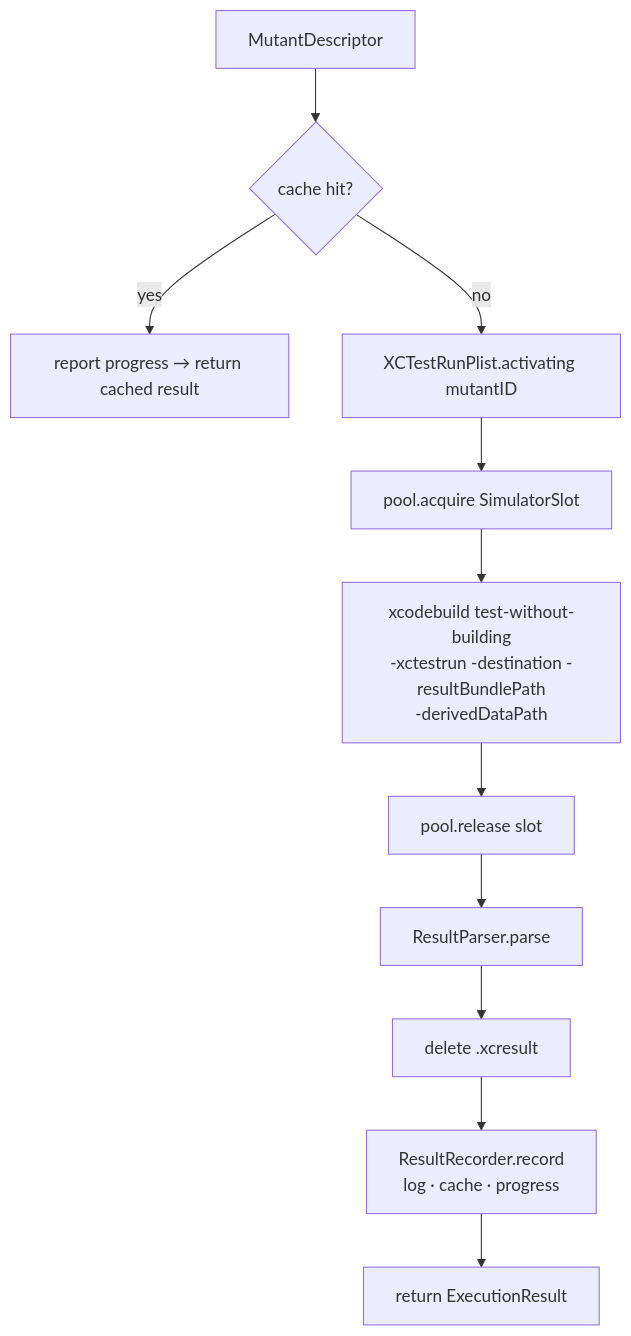
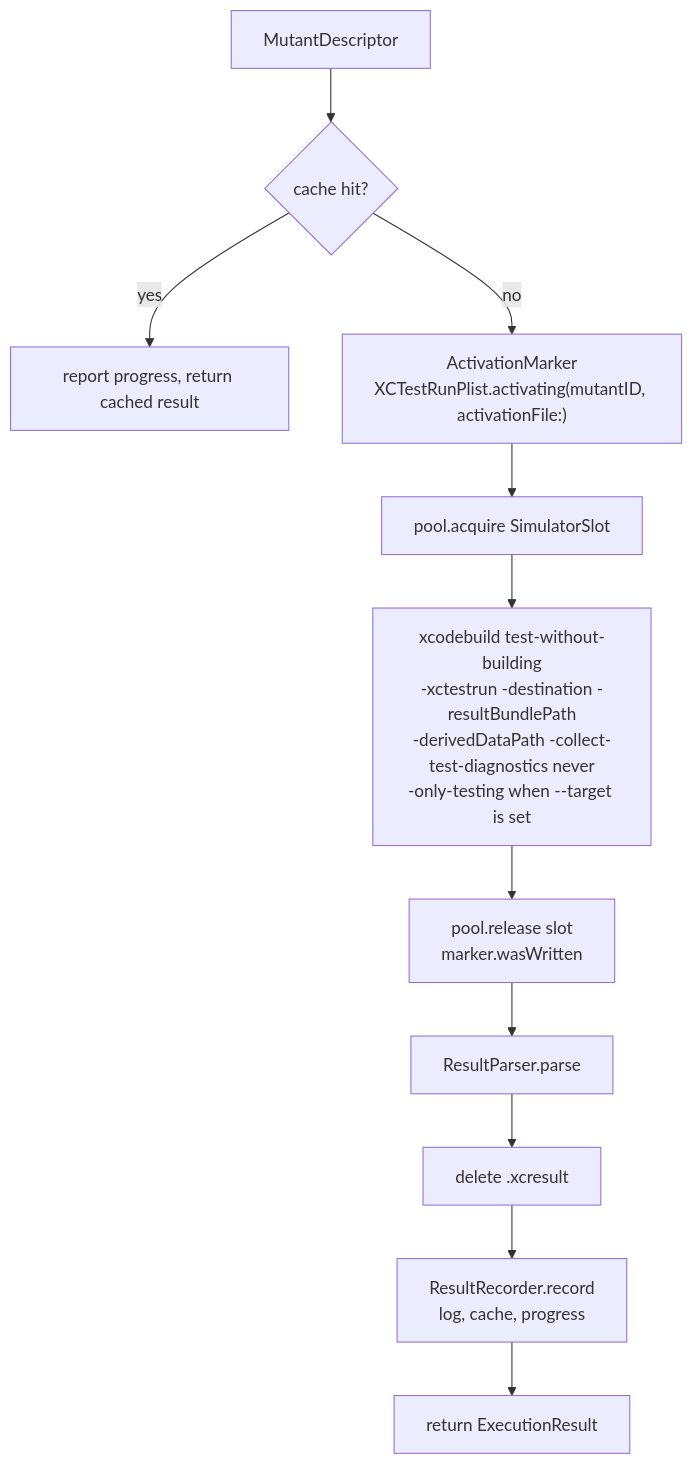
Before and after one commit to ericodx/swift-mutation-testing: the second of 6 diagrams in Docs/CodeBase/07-execution.md, drawn with Mermaid. The commit also changed other lines of this file and 2 other files, not shown here.

Commit message:
docs: bring the CodeBase pages for schematization, sandbox build and execution in line with the sources and fix their diagrams

````diff
--- a/Docs/CodeBase/07-execution.md
+++ b/Docs/CodeBase/07-execution.md
@@ -280,13 +297,13 @@
 ```mermaid
 flowchart TD
-    M[MutantDescriptor] --> CACHED{cache hit?}
-    CACHED -- yes --> REPORT[report progress → return cached result]
-    CACHED -- no --> PLIST[XCTestRunPlist.activating mutantID]
-    PLIST --> ACQUIRE[pool.acquire SimulatorSlot]
-    ACQUIRE --> LAUNCH[xcodebuild test-without-building\n-xctestrun -destination -resultBundlePath\n-derivedDataPath]
-    LAUNCH --> RELEASE[pool.release slot]
-    RELEASE --> PARSE[ResultParser.parse]
-    PARSE --> CLEANUP[delete .xcresult]
-    CLEANUP --> STORE[ResultRecorder.record\nlog · cache · progress]
-    STORE --> REPORT2[return ExecutionResult]
+    M["MutantDescriptor"] --> CACHED{"cache hit?"}
+    CACHED -- yes --> REPORT["report progress, return cached result"]
+    CACHED -- no --> PLIST["ActivationMarker<br>XCTestRunPlist.activating(mutantID, activationFile:)"]
+    PLIST --> ACQUIRE["pool.acquire SimulatorSlot"]
+    ACQUIRE --> LAUNCH["xcodebuild test-without-building<br>-xctestrun -destination -resultBundlePath<br>-derivedDataPath -collect-test-diagnostics never<br>-only-testing when --target is set"]
+    LAUNCH --> RELEASE["pool.release slot<br>marker.wasWritten"]
+    RELEASE --> PARSE["ResultParser.parse"]
+    PARSE --> CLEANUP["delete .xcresult"]
+    CLEANUP --> STORE["ResultRecorder.record<br>log, cache, progress"]
+    STORE --> REPORT2["return ExecutionResult"]
 ```
````
